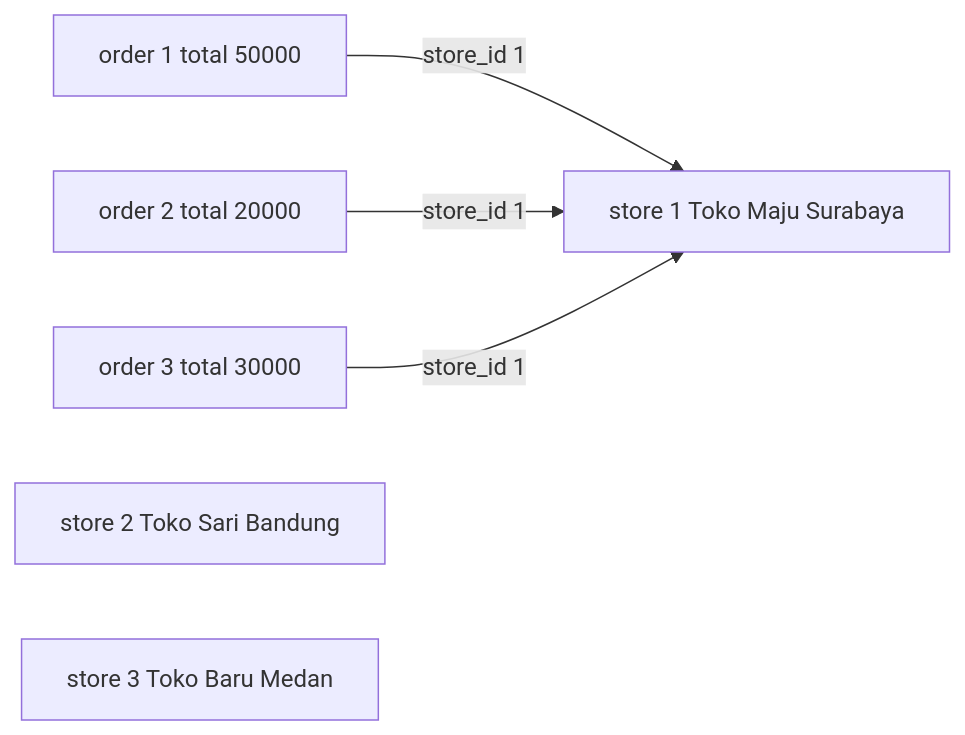
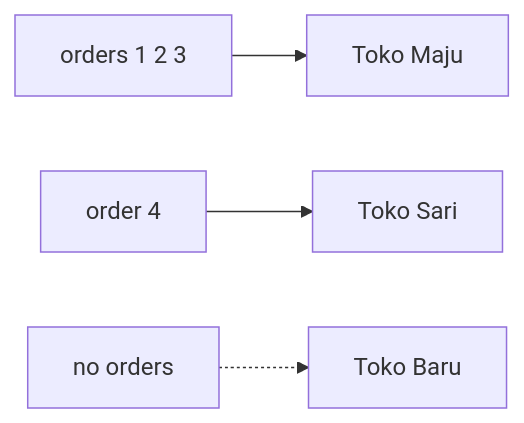
Before and after one commit to starjustice/research-material: the third of 5 diagrams in learn/database/07-normalization.md, drawn with Mermaid. The commit also changed other lines of this file, not shown here.

````diff
--- a/learn/database/07-normalization.md
+++ b/learn/database/07-normalization.md
@@ -84,8 +167,6 @@
 ```mermaid
 graph LR
-    O1["order 1 total 50000"] -->|store_id 1| S1["store 1 Toko Maju Surabaya"]
-    O2["order 2 total 20000"] -->|store_id 1| S1
-    O3["order 3 total 30000"] -->|store_id 1| S1
-    S2["store 2 Toko Sari Bandung"]
-    S3["store 3 Toko Baru Medan"]
+    O1["orders 1 2 3"] --> S1["Toko Maju"]
+    O4["order 4"] --> S2["Toko Sari"]
+    N["no orders"] -.-> S3["Toko Baru"]
 ```
````
